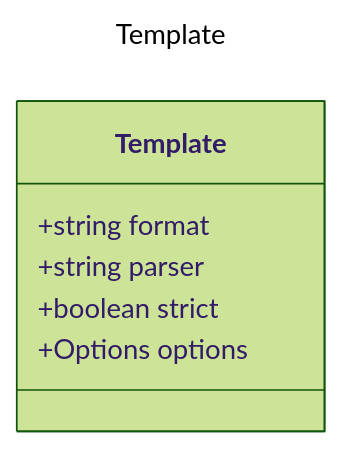
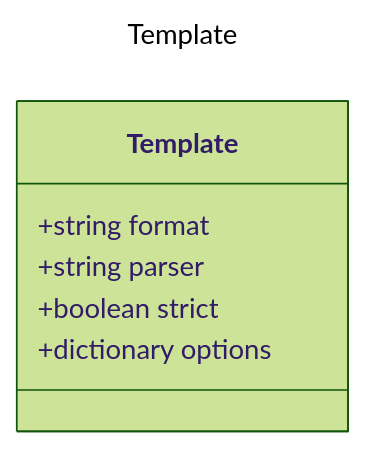
One commit to microsoft/prompty changed the diagram in specification/prompty/docs/Template.md. Above: the diagram before and after it, drawn with Mermaid (forest theme). The commit also changed other lines of this file and 12 other files, not shown here.

````diff
--- a/specification/prompty/docs/Template.md
+++ b/specification/prompty/docs/Template.md
@@ -21,12 +21,12 @@
 ```mermaid
 ---
 title: Template
 ---
 classDiagram
     class Template {
         +string format
         +string parser
         +boolean strict
-        +Options options
+        +dictionary options
     }
 ```
````
